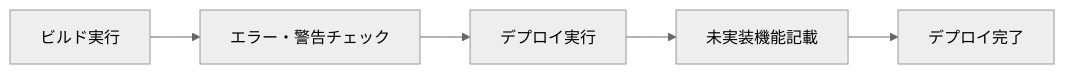
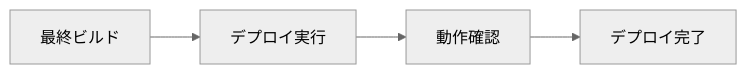
The sixth of 12 diagrams in README.md (PLUG365/DecisionFlow), drawn with Mermaid (neutral theme) before and after one commit. The commit also changed other lines of this file, not shown here.

````diff
--- a/README.md
+++ b/README.md
@@ -74,7 +251,6 @@
 ```mermaid
 graph LR
-    A[ビルド実行] --> B[エラー・警告チェック]
-    B --> C[デプロイ実行]
-    C --> D[未実装機能記載]
-    D --> E[デプロイ完了]
+    A[最終ビルド] --> B[デプロイ実行]
+    B --> C[動作確認]
+    C --> D[デプロイ完了]
 ```
````
